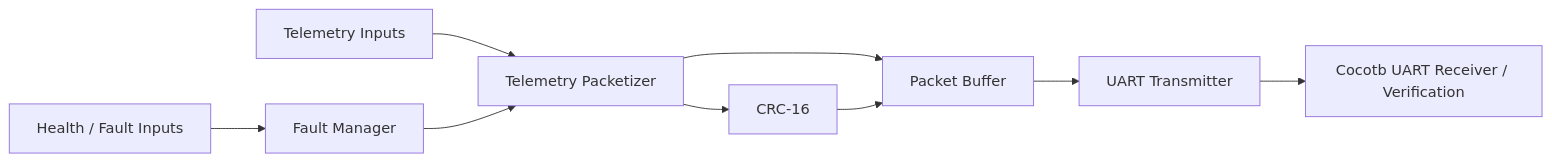
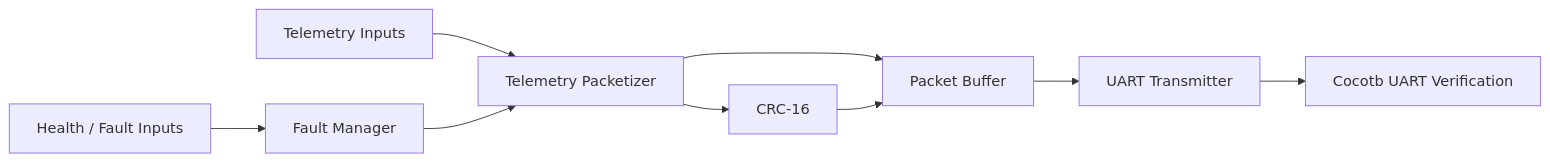
Before and after one commit to crimsix-7/fpga-telemetry-system: the first of 2 diagrams in README.md, drawn with Mermaid. The commit also changed other lines of this file and 4 other files, not shown here.

````diff
--- a/README.md
+++ b/README.md
@@ -33,11 +39,11 @@
 ```mermaid
 flowchart LR
     A[Telemetry Inputs] --> C[Telemetry Packetizer]
     B[Health / Fault Inputs] --> D[Fault Manager]
     D --> C
     C --> E[CRC-16]
     C --> F[Packet Buffer]
     E --> F
     F --> G[UART Transmitter]
-    G --> H[Cocotb UART Receiver / Verification]
+    G --> H[Cocotb UART Verification]
 ```
````
